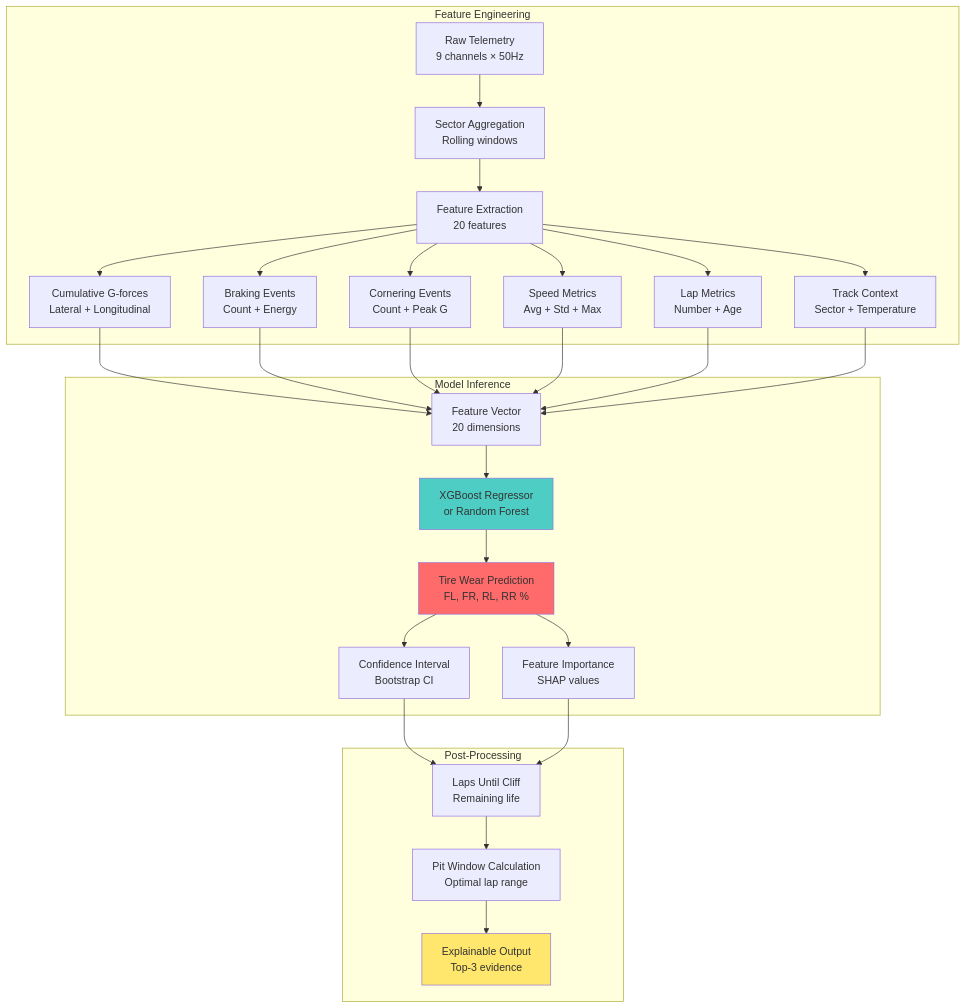
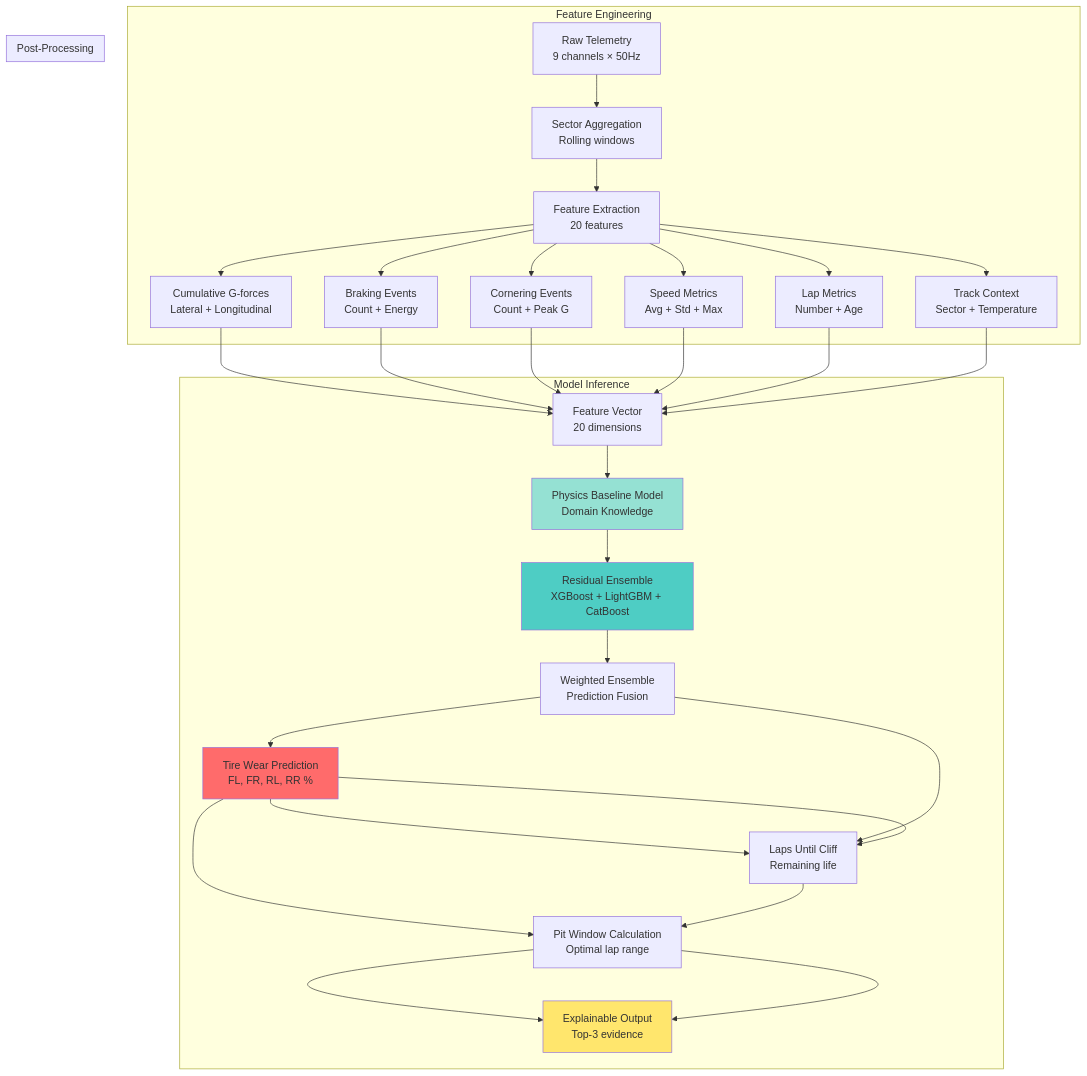
One commit to lucylow/blank-slate-canvas changed diagram 16 of 28 in README.md. Above: the diagram before and after it, drawn with Mermaid. The commit also changed other lines of this file and 9 other files, not shown here.

````diff
--- a/README.md
+++ b/README.md
@@ -787,40 +803,44 @@
 ```mermaid
 graph TB
     subgraph "Feature Engineering"
         A[Raw Telemetry<br/>9 channels × 50Hz] --> B[Sector Aggregation<br/>Rolling windows]
         B --> C[Feature Extraction<br/>20 features]
         
         C --> D[Cumulative G-forces<br/>Lateral + Longitudinal]
         C --> E[Braking Events<br/>Count + Energy]
         C --> F[Cornering Events<br/>Count + Peak G]
         C --> G[Speed Metrics<br/>Avg + Std + Max]
         C --> H[Lap Metrics<br/>Number + Age]
         C --> I[Track Context<br/>Sector + Temperature]
     end
     
     subgraph "Model Inference"
         D --> J[Feature Vector<br/>20 dimensions]
         E --> J
         F --> J
         G --> J
         H --> J
         I --> J
         
-        J --> K[XGBoost Regressor<br/>or Random Forest]
-        K --> L[Tire Wear Prediction<br/>FL, FR, RL, RR %]
+        J --> K[Physics Baseline Model<br/>Domain Knowledge]
+        K --> L[Residual Ensemble<br/>XGBoost + LightGBM + CatBoost]
+        L --> M[Weighted Ensemble<br/>Prediction Fusion]
+        M --> N[Tire Wear Prediction<br/>FL, FR, RL, RR %]
         
-        L --> M[Confidence Interval<br/>Bootstrap CI]
-        L --> N[Feature Importance<br/>SHAP values]
+        N --> O[Confidence Interval<br/>Bootstrap CI]
+        N --> P[Feature Importance<br/>SHAP values]
+        P --> Q[Explainable Output<br/>Top-3 evidence]
     end
     
     subgraph "Post-Processing"
         M --> O[Laps Until Cliff<br/>Remaining life]
         N --> O
         O --> P[Pit Window Calculation<br/>Optimal lap range]
         P --> Q[Explainable Output<br/>Top-3 evidence]
     end
     
-    style K fill:#4ecdc4
-    style L fill:#ff6b6b
+    style K fill:#95e1d3
+    style L fill:#4ecdc4
+    style N fill:#ff6b6b
     style Q fill:#ffe66d
 ```
````
